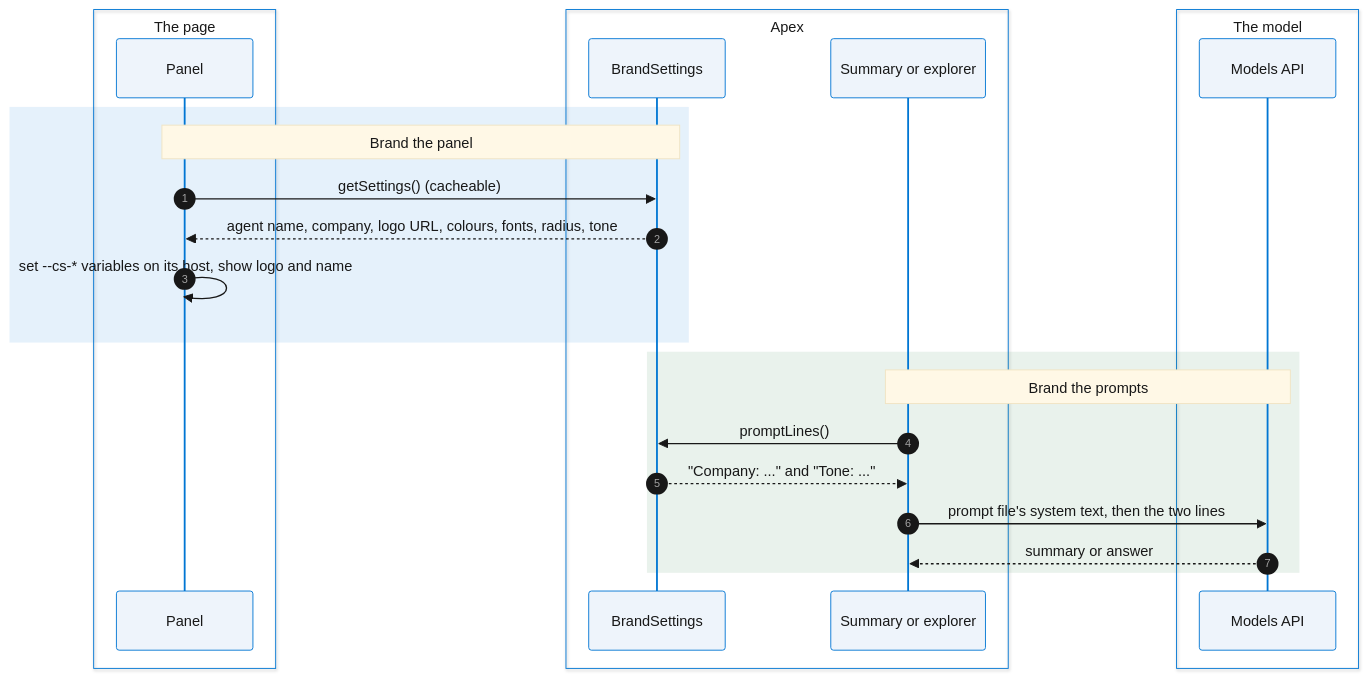
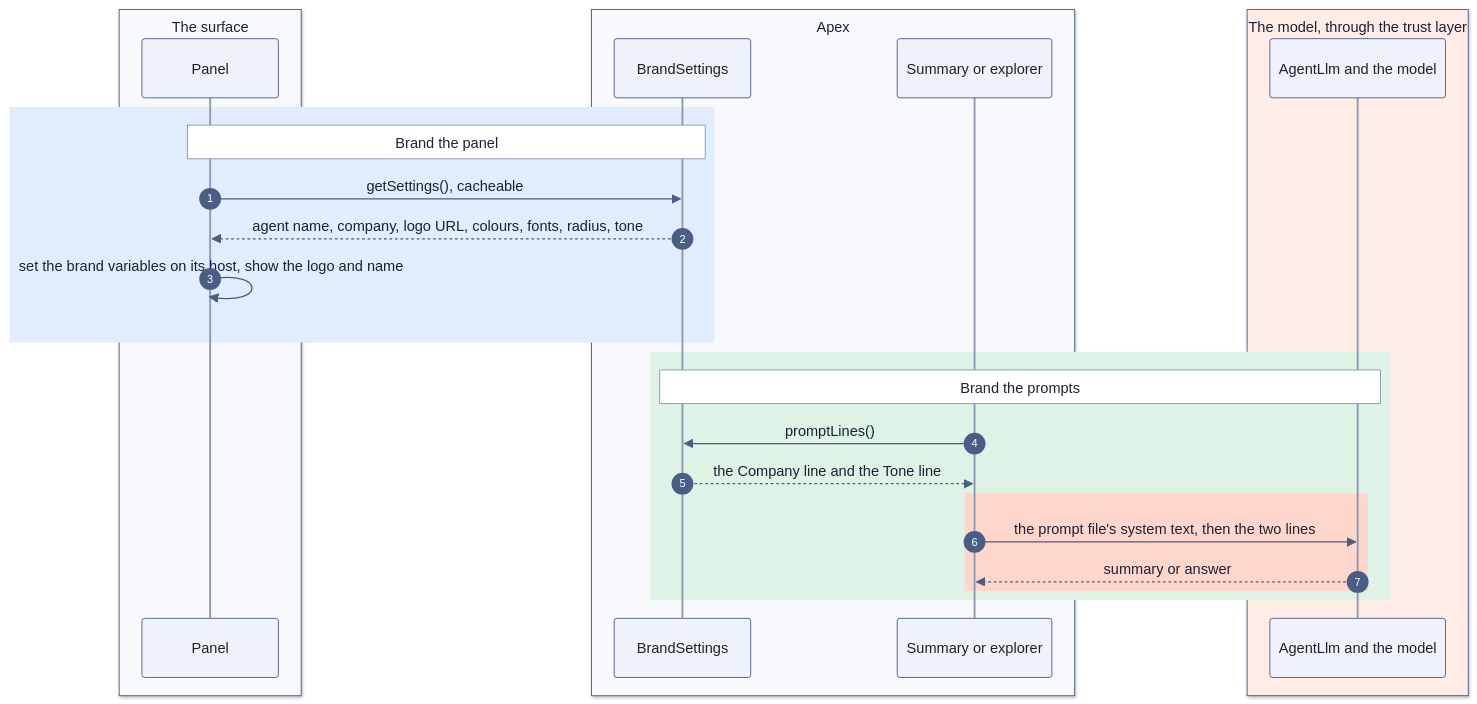
The diagram in docs/patterns/10-brand-and-theming.md (nelsben/generic-agent), drawn with Mermaid before and after one commit. The commit also changed other lines of this file and 16 other files, not shown here.

````diff
--- a/docs/patterns/10-brand-and-theming.md
+++ b/docs/patterns/10-brand-and-theming.md
@@ -28,28 +31,30 @@
 ```mermaid
-%%{init: {"theme": "base", "themeVariables": {"fontFamily": "-apple-system, Segoe UI, Helvetica, Arial, sans-serif", "primaryColor": "#eef4fb", "primaryTextColor": "#181818", "primaryBorderColor": "#0176d3", "lineColor": "#5c5c5c", "noteBkgColor": "#fff8e6", "noteTextColor": "#181818"}}}%%
+%%{init: {"theme": "base", "themeVariables": {"fontFamily": "-apple-system, BlinkMacSystemFont, Segoe UI, Helvetica, Arial, sans-serif", "fontSize": "15px", "primaryColor": "#EEF2FA", "primaryBorderColor": "#4A5D85", "primaryTextColor": "#1B2233", "secondaryColor": "#F4F6F9", "tertiaryColor": "#FFFFFF", "lineColor": "#4A5D85", "textColor": "#1B2233", "actorBkg": "#EEF2FA", "actorBorder": "#4A5D85", "actorTextColor": "#1B2233", "actorLineColor": "#8A96AD", "signalColor": "#4A5D85", "signalTextColor": "#1B2233", "labelBoxBkgColor": "#FFFFFF", "labelBoxBorderColor": "#4A5D85", "labelTextColor": "#1B2233", "loopTextColor": "#1B2233", "noteBkgColor": "#FFFFFF", "noteBorderColor": "#8A96AD", "noteTextColor": "#1B2233", "sequenceNumberColor": "#FFFFFF", "activationBkgColor": "#DDE4F2", "activationBorderColor": "#4A5D85", "clusterBkg": "#F7F9FC", "clusterBorder": "#8A96AD", "edgeLabelBackground": "#FFFFFF"}}}%%
 sequenceDiagram
     autonumber
-    box The page
+    box rgb(247, 249, 252) The surface
         participant P as Panel
     end
-    box Apex
+    box rgb(247, 249, 252) Apex
         participant B as BrandSettings
         participant S as Summary or explorer
     end
-    box The model
-        participant M as Models API
+    box rgb(255, 236, 230) The model, through the trust layer
+        participant M as AgentLlm and the model
     end
-    rect rgba(1, 118, 211, 0.10)
+    rect rgb(225, 236, 252)
         Note over P,B: Brand the panel
-        P->>B: getSettings() (cacheable)
+        P->>B: getSettings(), cacheable
         B-->>P: agent name, company, logo URL, colours, fonts, radius, tone
-        P->>P: set --cs-* variables on its host, show logo and name
+        P->>P: set the brand variables on its host, show the logo and name
     end
-    rect rgba(46, 132, 74, 0.10)
-        Note over S,M: Brand the prompts
+    rect rgb(222, 243, 230)
+        Note over B,M: Brand the prompts
         S->>B: promptLines()
-        B-->>S: "Company: ..." and "Tone: ..."
-        S->>M: prompt file's system text, then the two lines
-        M-->>S: summary or answer
+        B-->>S: the Company line and the Tone line
+        rect rgb(255, 214, 204)
+            S->>M: the prompt file's system text, then the two lines
+            M-->>S: summary or answer
+        end
     end
 ```
````
